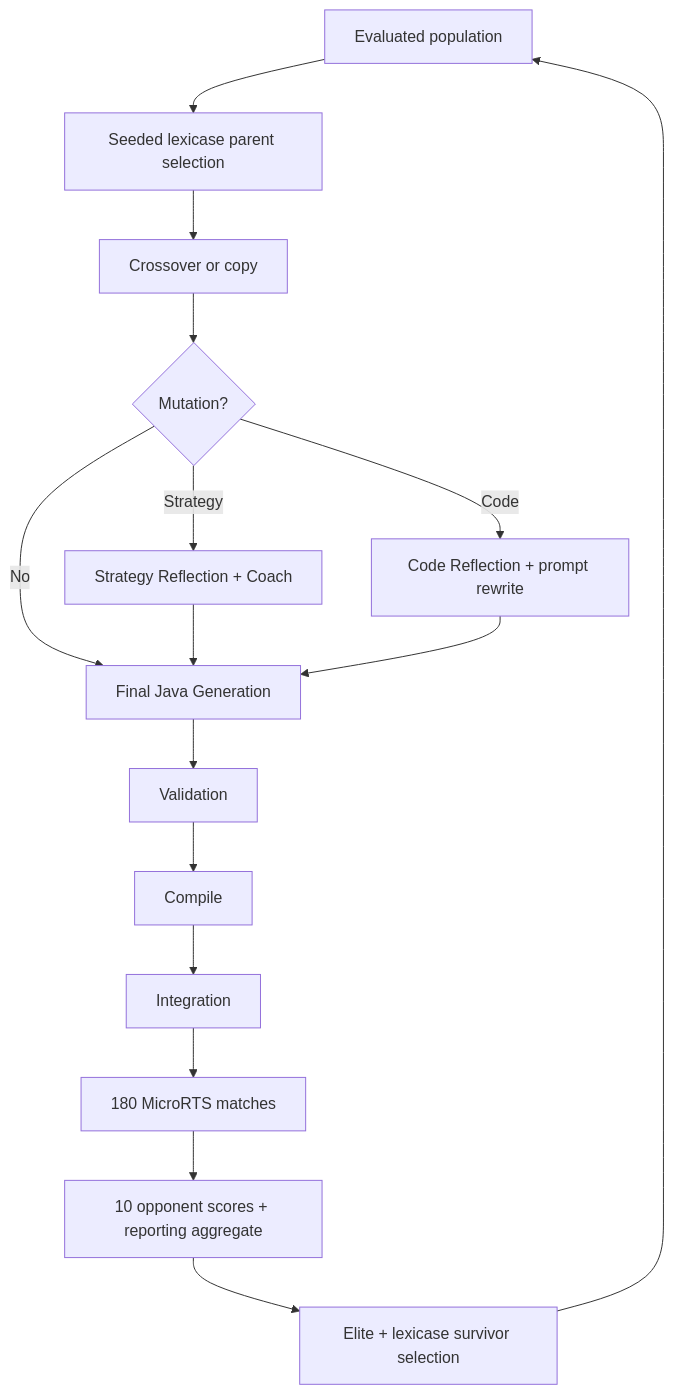
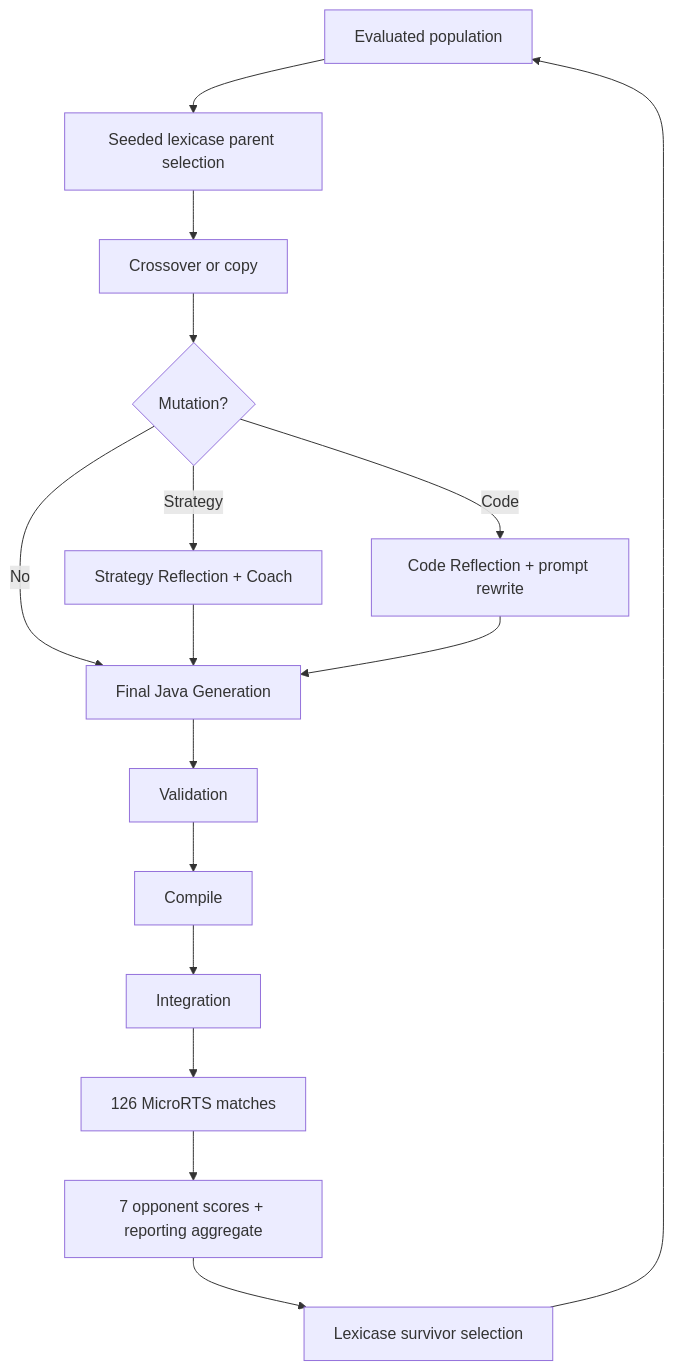
Before and after one commit to sophie8909/EAGLE: the diagram in docs/architecture/overview.md, drawn with Mermaid. The commit also changed other lines of this file and 43 other files, not shown here.

````diff
--- a/docs/architecture/overview.md
+++ b/docs/architecture/overview.md
@@ -21,15 +21,15 @@
 ```mermaid
 flowchart TD
     P["Evaluated population"] --> S["Seeded lexicase parent selection"]
     S --> X["Crossover or copy"]
     X --> M{"Mutation?"}
     M -->|Strategy| SR["Strategy Reflection + Coach"]
     M -->|Code| CR["Code Reflection + prompt rewrite"]
     M -->|No| G["Final Java Generation"]
     SR --> G
     CR --> G
     G --> V["Validation"] --> C["Compile"] --> I["Integration"]
-    I --> E["180 MicroRTS matches"]
-    E --> O["10 opponent scores + reporting aggregate"]
-    O --> N["Elite + lexicase survivor selection"] --> P
+    I --> E["126 MicroRTS matches"]
+    E --> O["7 opponent scores + reporting aggregate"]
+    O --> N["Lexicase survivor selection"] --> P
 ```
````
